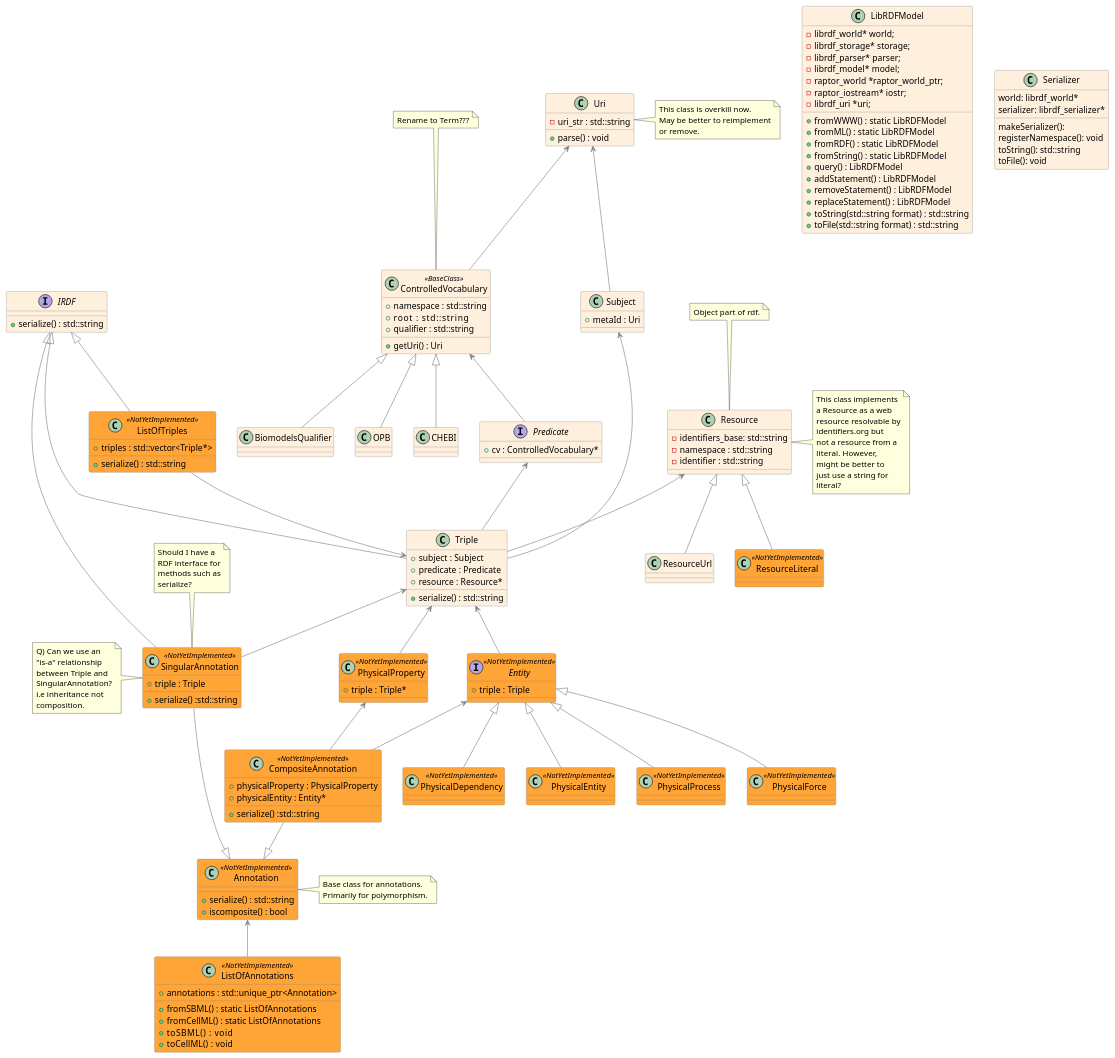
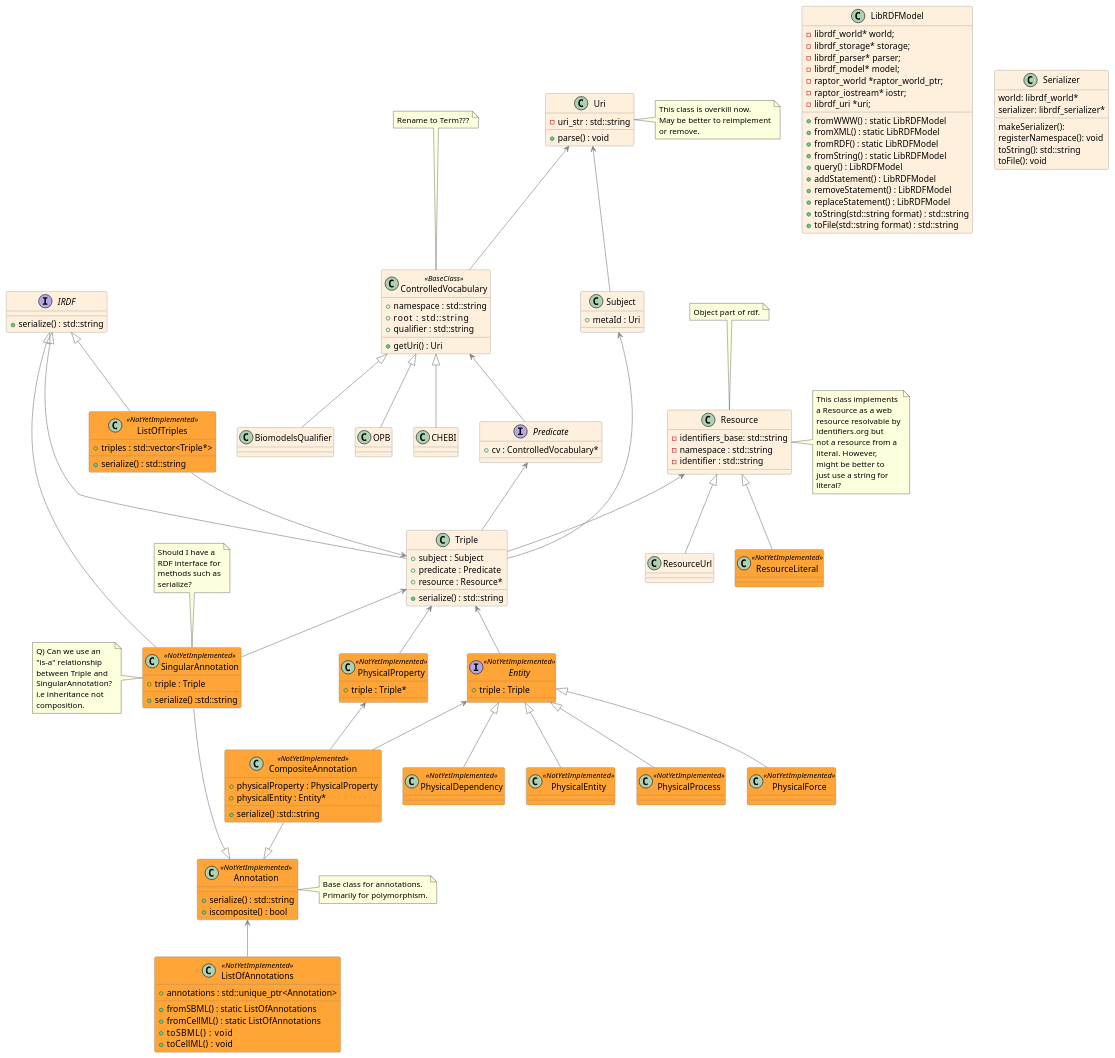
The diagram in Design/CiaransDesign.puml (sys-bio/libOmexMeta), drawn with PlantUML before and after one commit. The commit also changed 8 other files, not shown here.

```diff
--- a/Design/CiaransDesign.puml
+++ b/Design/CiaransDesign.puml
@@ -189,7 +189,7 @@
     - raptor_iostream* iostr;
     - librdf_uri *uri;
     + fromWWW() : static LibRDFModel
-    + fromML() : static LibRDFModel
+    + fromXML() : static LibRDFModel
     + fromRDF() : static LibRDFModel
     + fromString() : static LibRDFModel
     + query() : LibRDFModel
```
